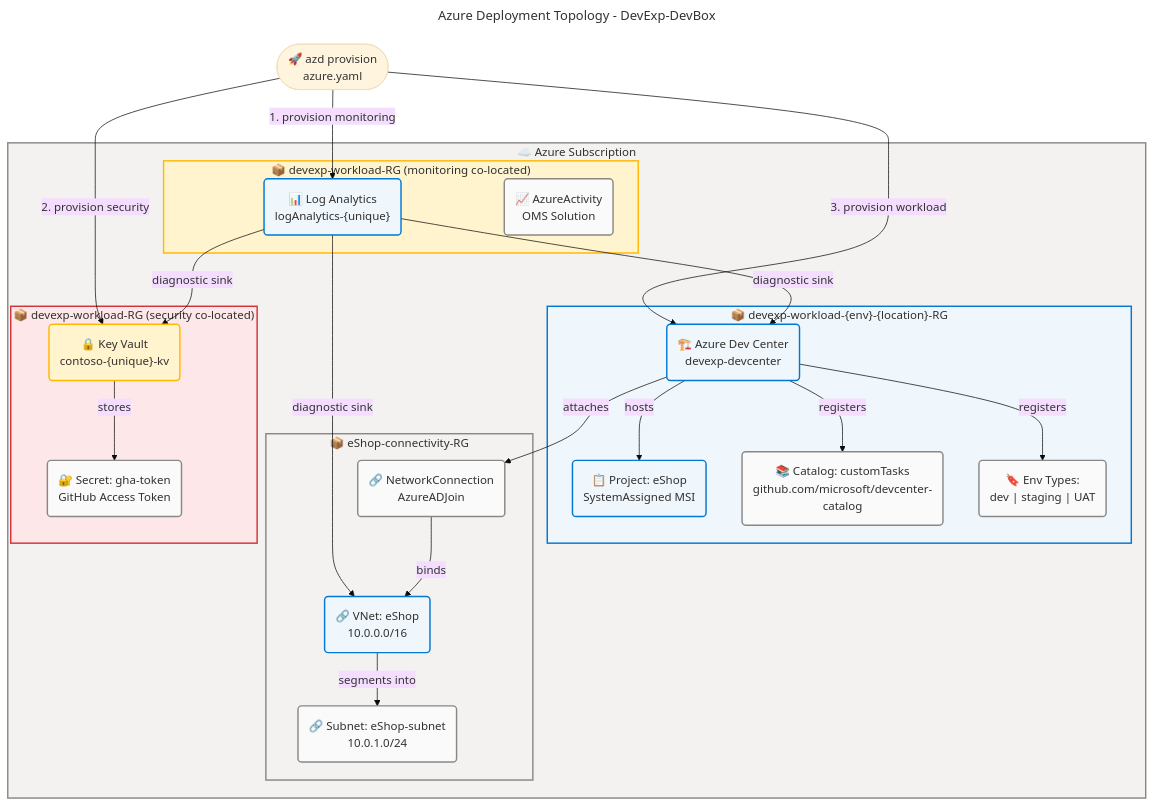
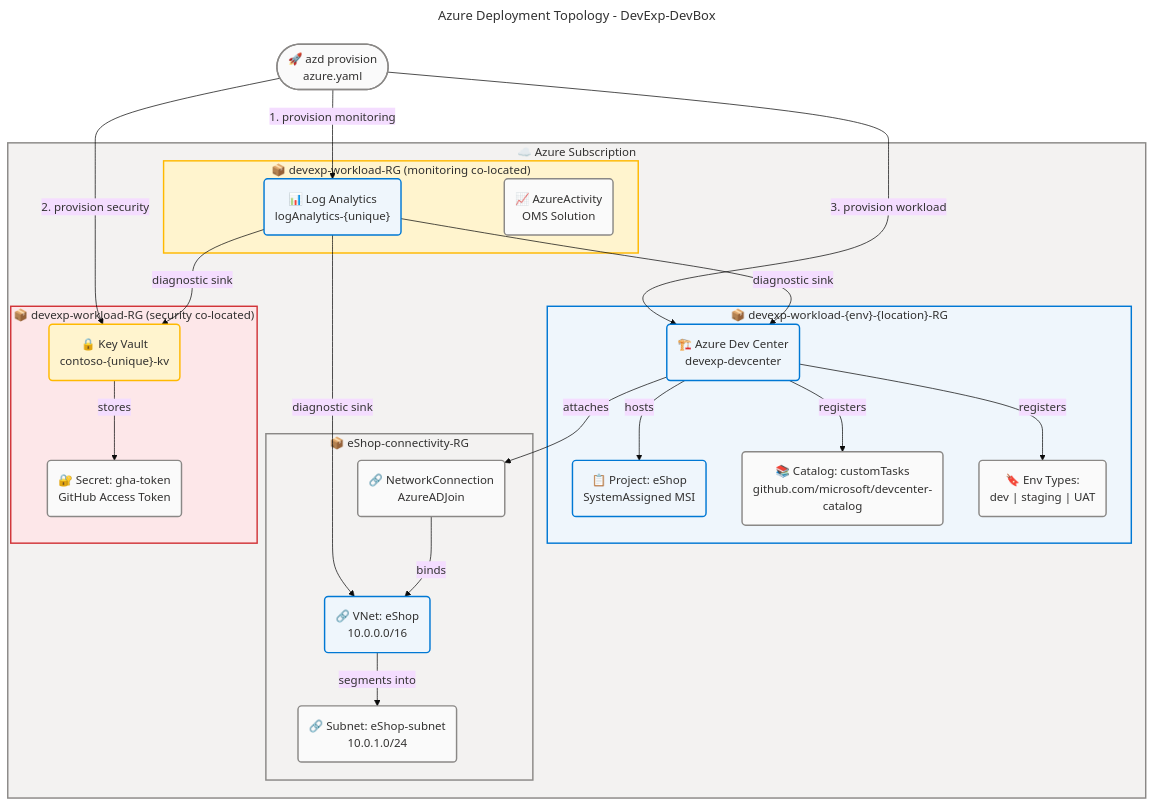
The second of 6 diagrams in docs/architecture/technology-architecture.md (Evilazaro/DevExp-DevBox), drawn with Mermaid before and after one commit. The commit also changed other lines of this file, not shown here.

Commit message:
refactor: Update Mermaid diagram styles for improved visual distinction in Azure provisioning sections

````diff
--- a/docs/architecture/technology-architecture.md
+++ b/docs/architecture/technology-architecture.md
@@ -430,81 +430,81 @@
 ```mermaid
 ---
 title: Azure Deployment Topology - DevExp-DevBox
 config:
   theme: base
   look: classic
   layout: dagre
   themeVariables:
     fontSize: '16px'
   flowchart:
     htmlLabels: true
 ---
 flowchart TB
     accTitle: Azure Deployment Topology - DevExp-DevBox
     accDescr: Shows the Azure subscription deployment topology with resource groups, contained resources, and provisioning dependencies
 
     %% ═══════════════════════════════════════════════════════════════════════════
     %% AZURE / FLUENT ARCHITECTURE PATTERN v1.1
     %% (Semantic + Structural + Font + Accessibility Governance)
     %% ═══════════════════════════════════════════════════════════════════════════
     %% PHASE 1 - FLUENT UI: All styling uses approved Fluent UI palette only
     %% PHASE 2 - GROUPS: Every subgraph has semantic color via style directive
     %% PHASE 3 - COMPONENTS: Every node has semantic classDef + icon prefix
     %% PHASE 4 - ACCESSIBILITY: accTitle/accDescr present, WCAG AA contrast
     %% PHASE 5 - STANDARD: Governance block present, classDefs centralized
     %% ═══════════════════════════════════════════════════════════════════════════
 
-    AZD(["🚀 azd provision<br/>azure.yaml"]):::external
+    AZD(["🚀 azd provision<br/>azure.yaml"]):::neutral
 
     subgraph Sub["☁️ Azure Subscription"]
 
         subgraph WL_RG["📦 devexp-workload-{env}-{location}-RG"]
             DevCenter("🏗️ Azure Dev Center<br/>devexp-devcenter"):::core
             eShopProj("📋 Project: eShop<br/>SystemAssigned MSI"):::core
             DCCat("📚 Catalog: customTasks<br/>github.com/microsoft/devcenter-catalog"):::neutral
             DevEnv("🔖 Env Types:<br/>dev | staging | UAT"):::neutral
         end
 
         subgraph ConnRG["📦 eShop-connectivity-RG"]
             VNet("🔗 VNet: eShop<br/>10.0.0.0/16"):::core
             Subnet("🔗 Subnet: eShop-subnet<br/>10.0.1.0/24"):::neutral
             NetConn("🔗 NetworkConnection<br/>AzureADJoin"):::neutral
         end
 
         subgraph SecRG["📦 devexp-workload-RG (security co-located)"]
             KV("🔒 Key Vault<br/>contoso-{unique}-kv"):::warning
             KVSec("🔐 Secret: gha-token<br/>GitHub Access Token"):::neutral
         end
 
         subgraph MonRG["📦 devexp-workload-RG (monitoring co-located)"]
             LA("📊 Log Analytics<br/>logAnalytics-{unique}"):::core
             ActSol("📈 AzureActivity<br/>OMS Solution"):::neutral
         end
 
     end
 
     AZD -->|"1. provision monitoring"| LA
     AZD -->|"2. provision security"| KV
     AZD -->|"3. provision workload"| DevCenter
     LA -->|"diagnostic sink"| DevCenter
     LA -->|"diagnostic sink"| KV
     LA -->|"diagnostic sink"| VNet
     KV -->|"stores"| KVSec
     DevCenter -->|"hosts"| eShopProj
     DevCenter -->|"registers"| DCCat
     DevCenter -->|"registers"| DevEnv
     DevCenter -->|"attaches"| NetConn
     NetConn -->|"binds"| VNet
     VNet -->|"segments into"| Subnet
 
     %% Centralized classDefs
     classDef neutral fill:#FAFAFA,stroke:#8A8886,stroke-width:2px,color:#323130
     classDef core fill:#EFF6FC,stroke:#0078D4,stroke-width:2px,color:#323130
     classDef warning fill:#FFF4CE,stroke:#FFB900,stroke-width:2px,color:#323130
 
     style Sub fill:#F3F2F1,stroke:#8A8886,stroke-width:2px,color:#323130
     style WL_RG fill:#EFF6FC,stroke:#0078D4,stroke-width:2px,color:#323130
     style ConnRG fill:#F3F2F1,stroke:#8A8886,stroke-width:2px,color:#323130
     style SecRG fill:#FDE7E9,stroke:#D13438,stroke-width:2px,color:#323130
     style MonRG fill:#FFF4CE,stroke:#FFB900,stroke-width:2px,color:#323130
 ```
````
